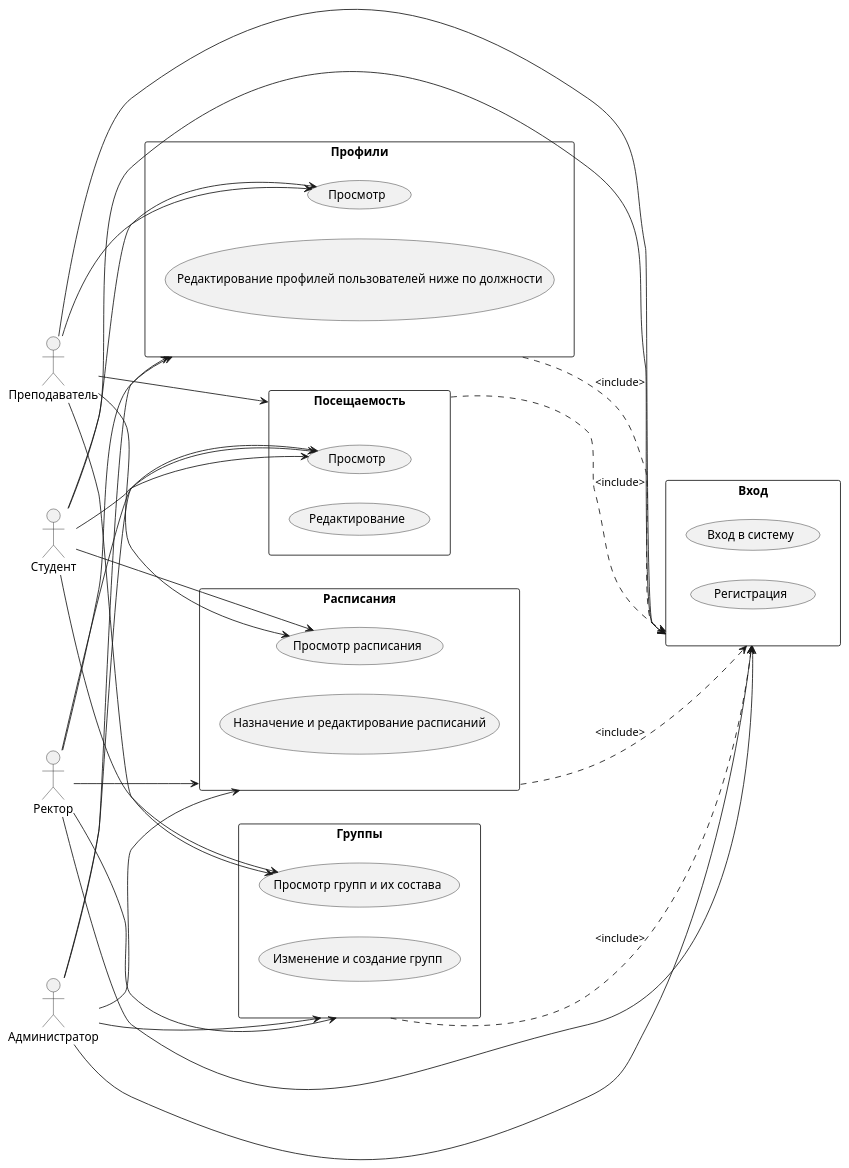
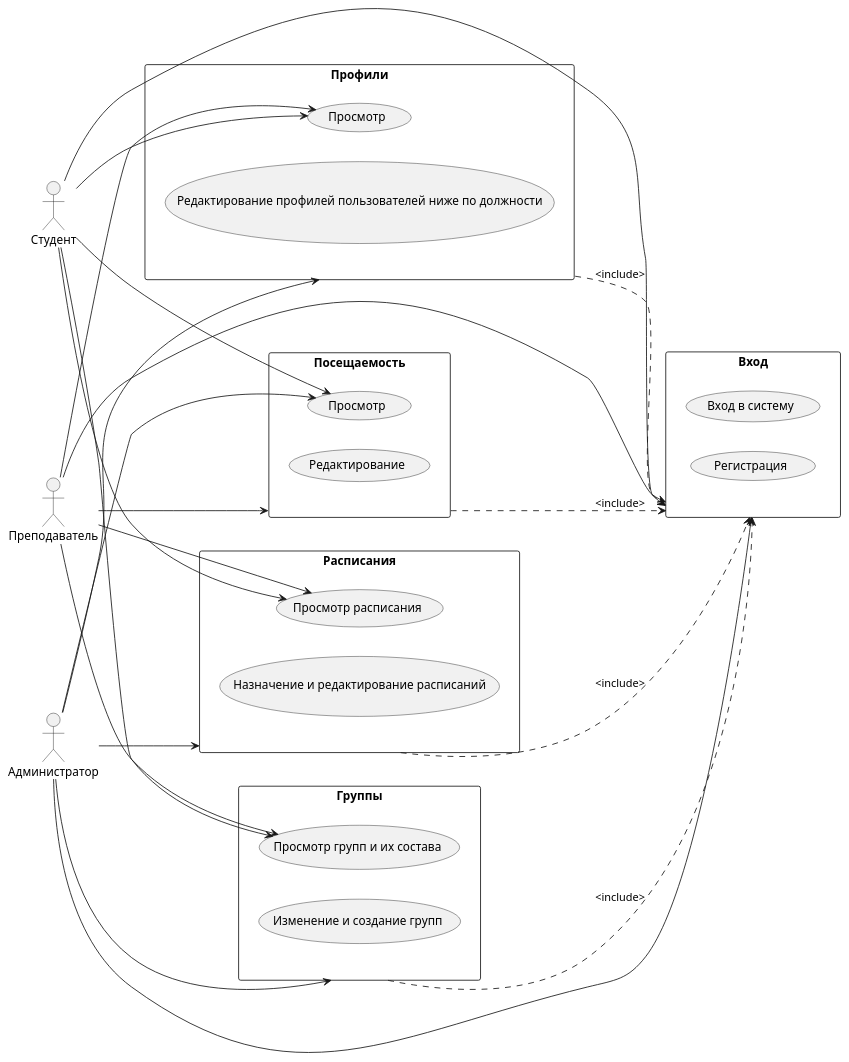
One commit to 4EloBek144/example1 changed the diagram in docs/diagrams/UseCase.puml. Above: the diagram before and after it, drawn with PlantUML. The commit also changed 9 other files, not shown here.

```diff
--- a/docs/diagrams/UseCase.puml
+++ b/docs/diagrams/UseCase.puml
@@ -1,66 +1,62 @@
 @startuml
 left to right direction
 skinparam packageStyle rectangle
 
 actor "Студент" as Student
 actor "Преподаватель" as Teacher
 actor "Администратор" as Adm
-actor "Ректор" as Rec
 
 package "Вход" as Registration{
     usecase "Вход в систему" as UC_Login
     usecase "Регистрация" as UC_Register
 }
 
 Student --> Registration
 Teacher --> Registration
 Adm --> Registration
-Rec --> Registration
 
 package "Расписания" as TimeT {
     usecase "Просмотр расписания" as TimeT_R
     usecase "Назначение и редактирование расписаний" as TimeT_W
 }
 
 Student --> TimeT_R
 Teacher --> TimeT_R
 Adm --> TimeT
-Rec --> TimeT
+
 
 package "Группы" as Groups{
     usecase "Просмотр групп и их состава" as Groups_R
     usecase "Изменение и создание групп" as Groups_W
 }
 
 Student --> Groups_R
 Teacher --> Groups_R
 Adm --> Groups
-Rec --> Groups
 
 package "Посещаемость" as Att{
     usecase "Просмотр" as Att_R
     usecase "Редактирование" as Att_W
 }
 
 
 Student --> Att_R
 Teacher --> Att
 Adm --> Att_R
-Rec --> Att_R
 
 package "Профили" as Prof{
     usecase "Просмотр" as Prof_R
     usecase "Редактирование профилей пользователей ниже по должности" as Prof_W
 }
 
 Student --> Prof_R
 Teacher --> Prof_R
 Adm --> Prof
-Rec --> Prof
+
 
 TimeT --> (Registration) #line.dashed;text:black : <include>
 Groups --> (Registration) #line.dashed;text:black : <include>
 Att --> (Registration) #line.dashed;text:black : <include>
 Prof --> (Registration) #line.dashed;text:black : <include>
 
 @enduml
```
